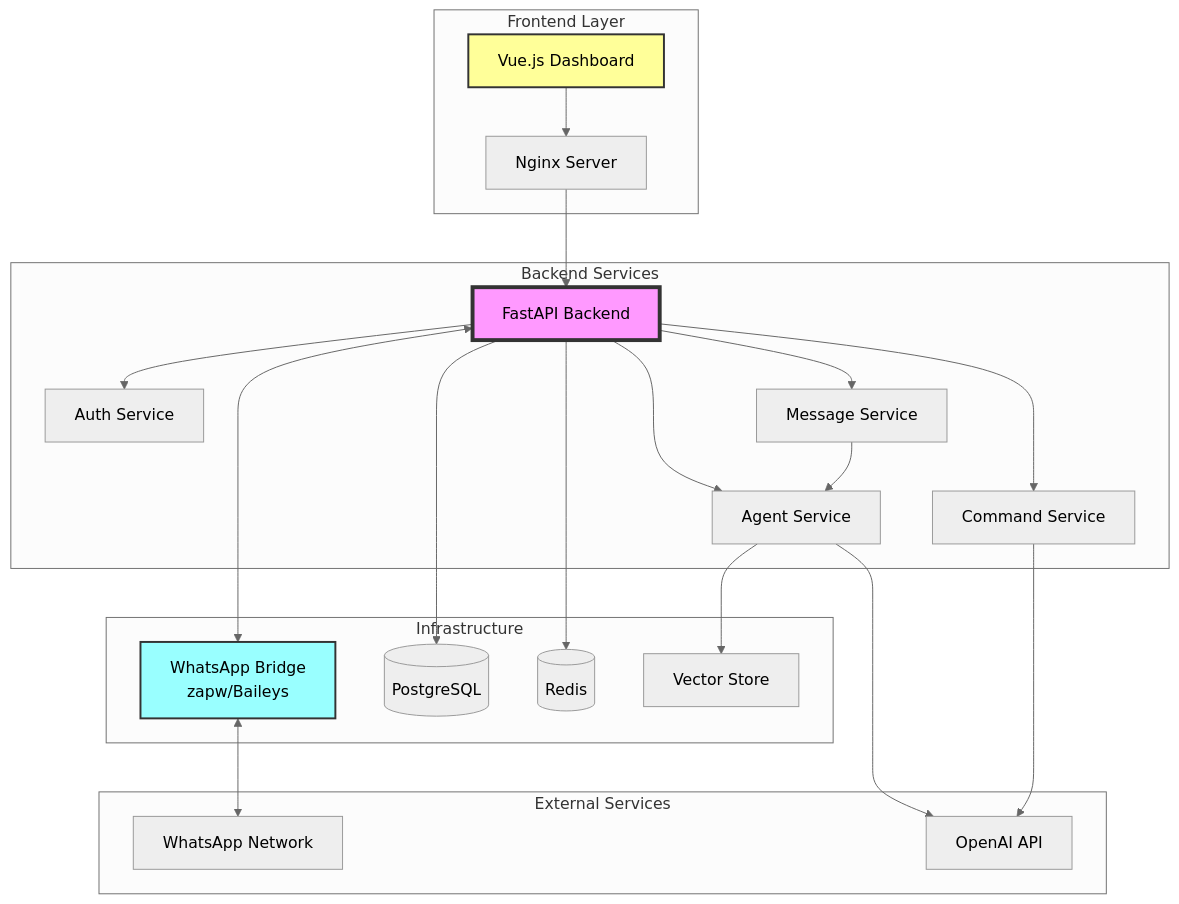
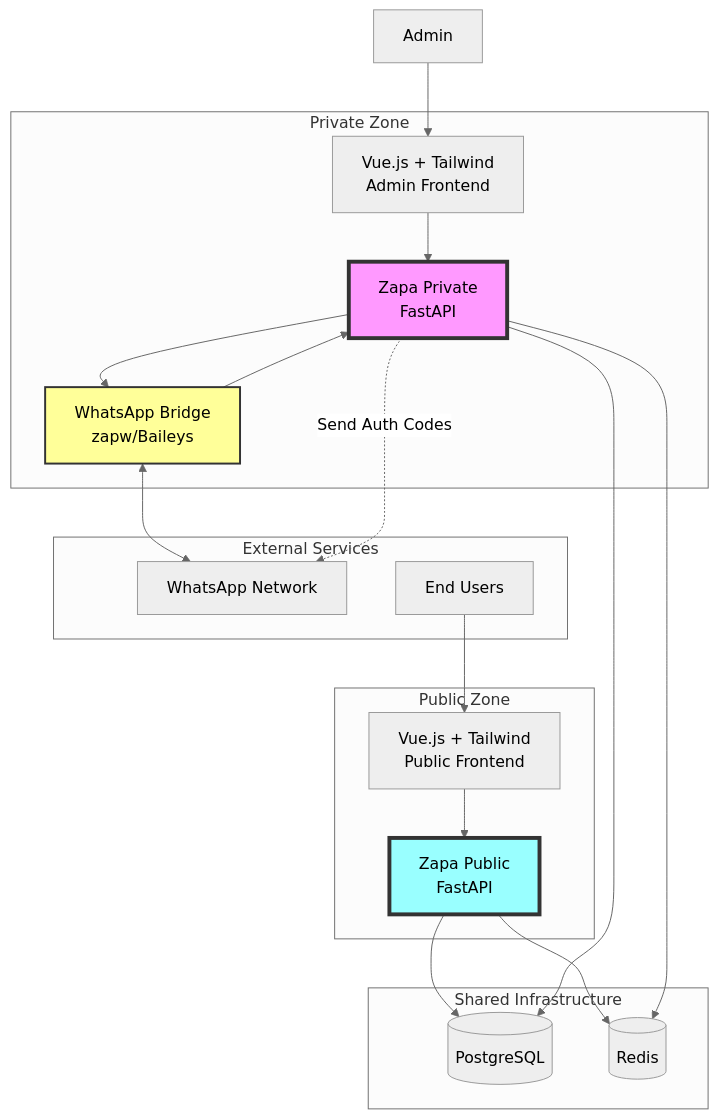
Before and after one commit to tonylampada/zapa: the first of 11 diagrams in architecture.md, drawn with Mermaid (neutral theme). The commit also changed other lines of this file, not shown here.

First line of the commit message:
Revise architecture for dual FastAPI services design

````diff
--- a/architecture.md
+++ b/architecture.md
@@ -9,49 +13,44 @@
 ```mermaid
 graph TB
     subgraph "External Services"
         WA[WhatsApp Network]
-        OAI[OpenAI API]
+        USERS[End Users]
     end
     
-    subgraph "Frontend Layer"
-        UI[Vue.js Dashboard]
-        NGINX[Nginx Server]
+    subgraph "Public Zone"
+        PUB_UI[Vue.js + Tailwind<br/>Public Frontend]
+        PUB_API[Zapa Public<br/>FastAPI]
     end
     
-    subgraph "Backend Services"
-        API[FastAPI Backend]
-        AUTH[Auth Service]
-        MSG[Message Service]
-        AGT[Agent Service]
-        CMD[Command Service]
+    subgraph "Private Zone"
+        PRIV_UI[Vue.js + Tailwind<br/>Admin Frontend]
+        PRIV_API[Zapa Private<br/>FastAPI]
+        WB[WhatsApp Bridge<br/>zapw/Baileys]
     end
     
-    subgraph "Infrastructure"
-        WB[WhatsApp Bridge<br/>zapw/Baileys]
+    subgraph "Shared Infrastructure"
         DB[(PostgreSQL)]
         REDIS[(Redis)]
-        VS[Vector Store]
     end
     
-    UI --> NGINX
-    NGINX --> API
-    API --> AUTH
-    API --> MSG
-    API --> AGT
-    API --> CMD
+    USERS --> PUB_UI
+    PUB_UI --> PUB_API
     
-    MSG --> AGT
-    AGT --> OAI
-    CMD --> OAI
+    ADMIN[Admin] --> PRIV_UI
+    PRIV_UI --> PRIV_API
     
-    API <--> WB
+    WB --> PRIV_API
     WB <--> WA
+    PRIV_API --> WB
     
-    API --> DB
-    API --> REDIS
-    AGT --> VS
+    PUB_API --> DB
+    PRIV_API --> DB
+    PUB_API --> REDIS
+    PRIV_API --> REDIS
     
-    style API fill:#f9f,stroke:#333,stroke-width:4px
-    style WB fill:#9ff,stroke:#333,stroke-width:2px
-    style UI fill:#ff9,stroke:#333,stroke-width:2px
+    PRIV_API -.->|Send Auth Codes| WA
+    
+    style PRIV_API fill:#f9f,stroke:#333,stroke-width:4px
+    style PUB_API fill:#9ff,stroke:#333,stroke-width:4px
+    style WB fill:#ff9,stroke:#333,stroke-width:2px
 ```
````
